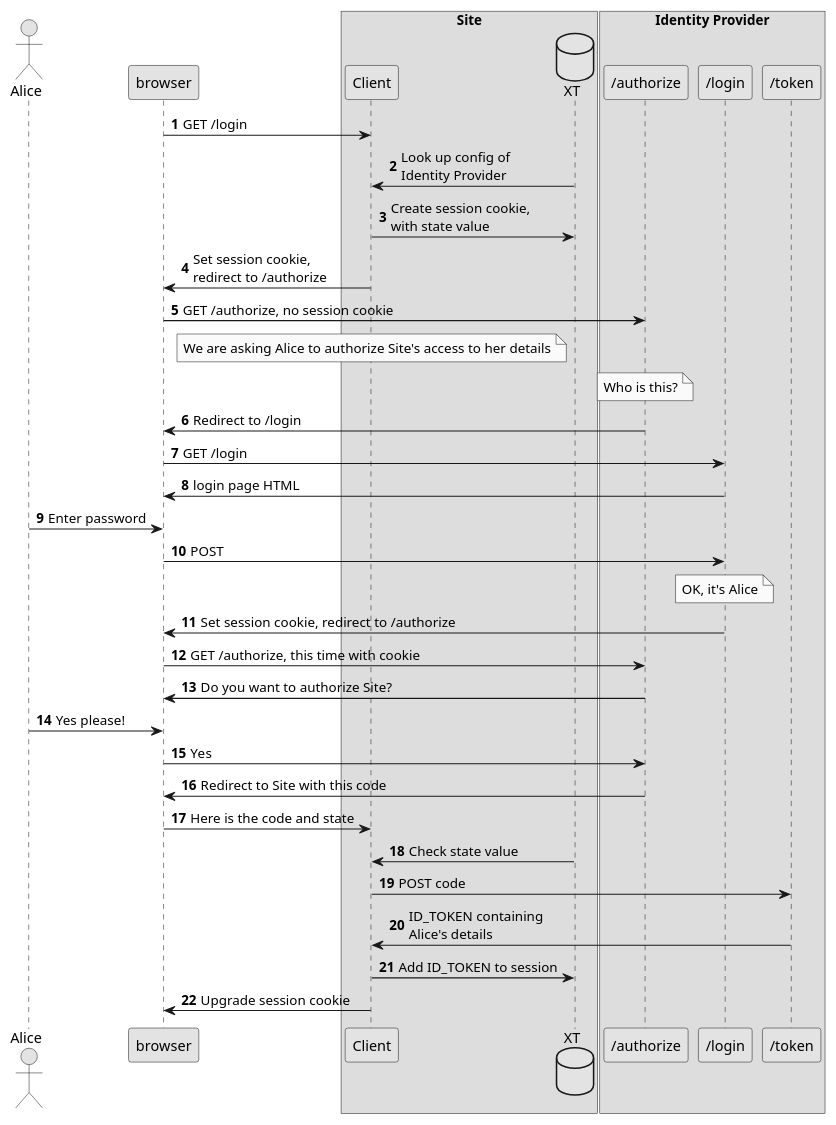
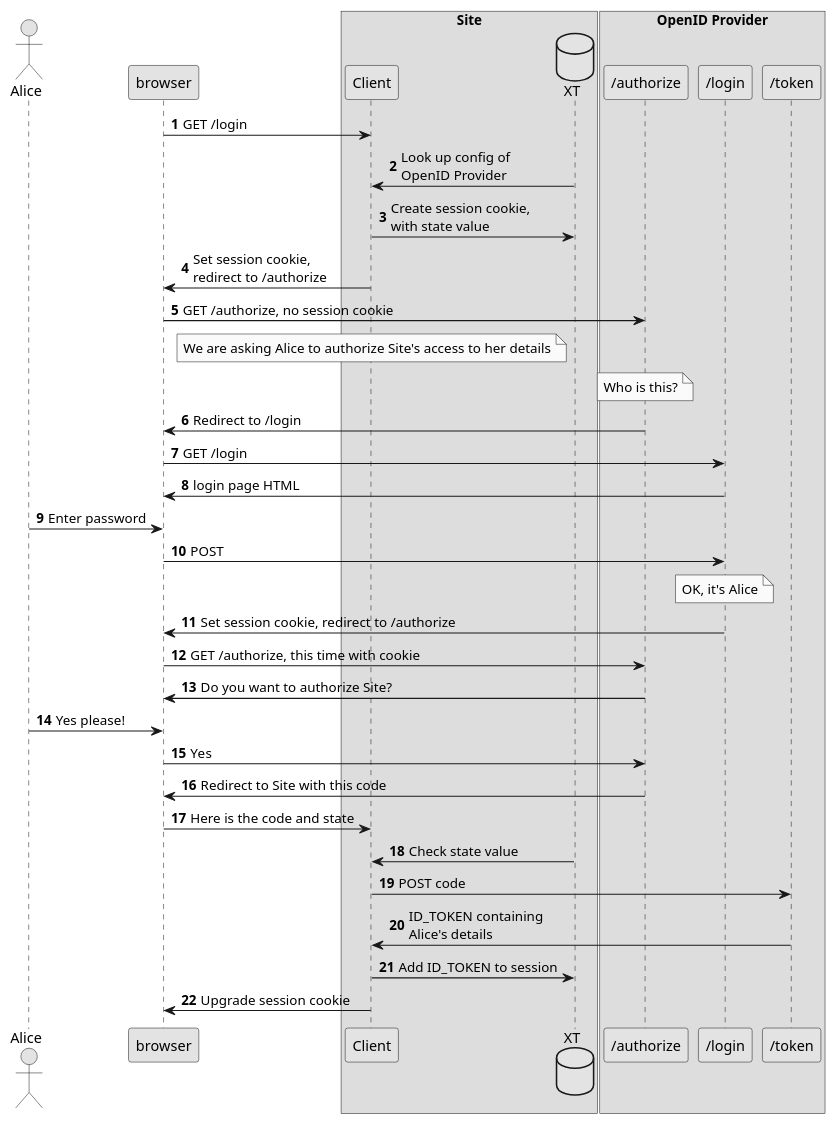
The diagram in doc/next/Authentication.adoc (third-bridge/site), drawn with PlantUML before and after one commit. The commit also changed other lines of this file and 6 other files, not shown here.

```diff
--- a/doc/next/Authentication.adoc
+++ b/doc/next/Authentication.adoc
@@ -180,46 +184,46 @@
 [plantuml,authentication-flow,png]
 ....
 skinparam monochrome true
 autonumber
 
 actor Alice as user
 participant browser
 
 box Site
 participant Client as site
 database XT
 end box
 
-box Identity Provider
+box "OpenID Provider"
 participant "/authorize" as auth
 participant "/login" as login
 participant "/token" as token
 end box
 
 browser -> site: GET /login
-site <- XT: Look up config of\nIdentity Provider
+site <- XT: Look up config of\nOpenID Provider
 site -> XT: Create session cookie,\nwith state value
 site -> browser: Set session cookie,\nredirect to /authorize
 browser -> auth: GET /authorize, no session cookie
 note over site: We are asking Alice to authorize Site's access to her details
 note over auth: Who is this?
 auth -> browser: Redirect to /login
 browser -> login: GET /login
 login -> browser: login page HTML
 user -> browser: Enter password
 browser -> login: POST
 note over login: OK, it's Alice
 login -> browser: Set session cookie, redirect to /authorize
 browser -> auth: GET /authorize, this time with cookie
 auth -> browser: Do you want to authorize Site?
 user -> browser: Yes please!
 browser -> auth: Yes
 auth -> browser: Redirect to Site with this code
 browser -> site: Here is the code and state
 site <- XT: Check state value
 site -> token: POST code
 token -> site: ID_TOKEN containing\nAlice's details
 site -> XT: Add ID_TOKEN to session
 site -> browser: Upgrade session cookie
 
 ....
```
